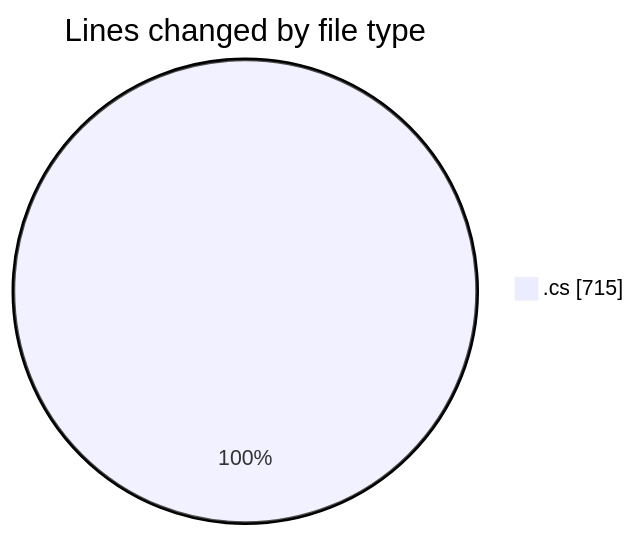
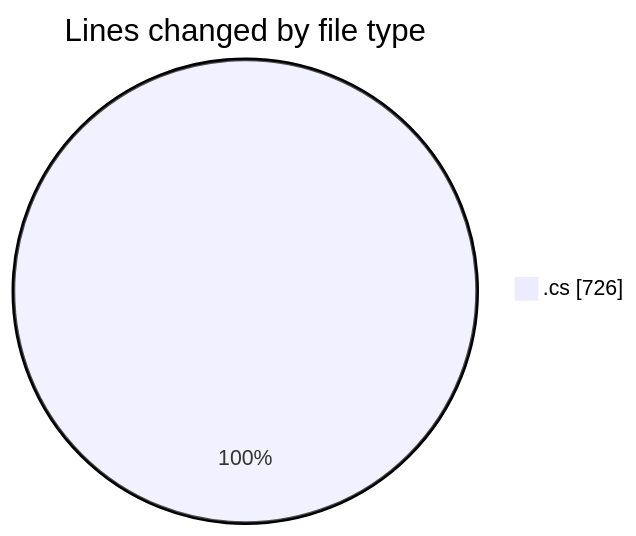
One commit to Netris89/code-tracking changed the first of 2 diagrams in 2025-03-21/back-end/README.md. Above: the diagram before and after it, drawn with Mermaid. The commit also changed other lines of this file and 1 other file, not shown here.

````diff
--- a/2025-03-21/back-end/README.md
+++ b/2025-03-21/back-end/README.md
@@ -23,5 +23,5 @@
 ```mermaid
 pie showData
 title Lines changed by file type
-".cs" : 715
+".cs" : 726
 ```
````
